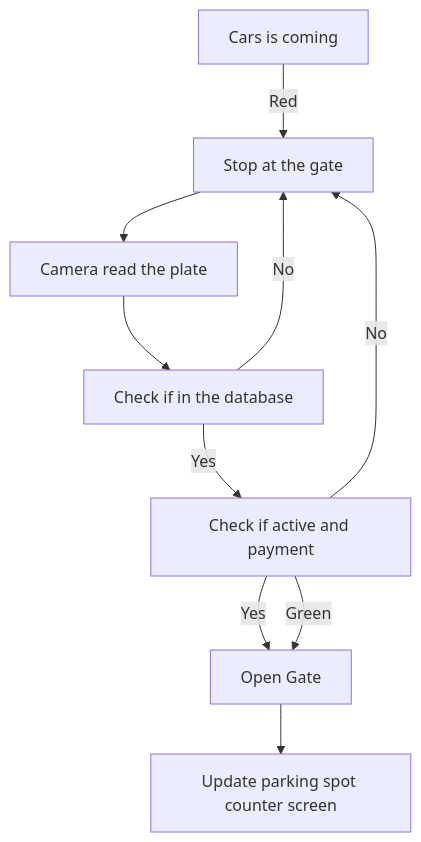
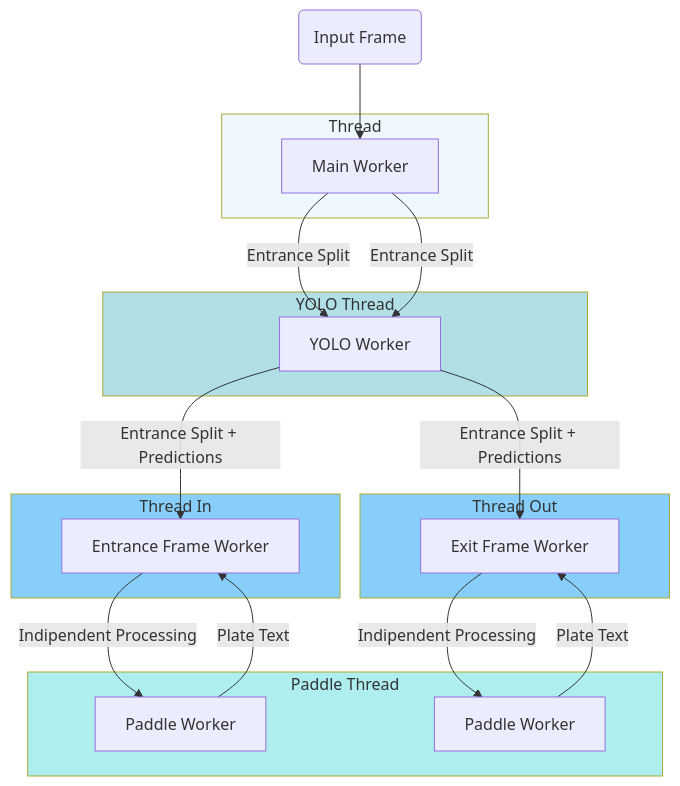
Before and after one commit to dcfrenci/iot_parking: the first of 2 diagrams in README.md, drawn with Mermaid. The commit also changed other lines of this file and 1 other file, not shown here.

````diff
--- a/README.md
+++ b/README.md
@@ -16,13 +28,38 @@
 ```mermaid
 flowchart TD
-    A[Cars is coming] -- Red --> B[Stop at the gate]
-    B --> C[Camera read the plate]
-    C --> D[Check if in the database]
-    D -- No --> B
-    D -- Yes --> E[Check if active and payment]
-    E -- No --> B
-    E -- Yes --> F[Open Gate]
-    E -- Green --> F
+    A(Input Frame) --> B[Main Worker]
+    B -- Entrance Split --> E[YOLO Worker]
+    B -- Entrance Split --> E
+    E -- Entrance Split + Predictions --> C[Entrance Frame Worker]
+    E -- Entrance Split + Predictions --> D[Exit Frame Worker]
+    C -- Indipendent Processing --> F[Paddle Worker]
+    D -- Indipendent Processing --> G[Paddle Worker]
+    F -- Plate Text --> C
+    G -- Plate Text --> D
 
-    F --> G[Update parking spot counter screen]
+    subgraph Thread
+        B
+    end
+    style Thread fill:#F0F8FF
+
+    subgraph M[YOLO Thread]
+        E
+    end
+    style M fill:#B0E0E6
+
+    subgraph N[Thread In]
+        C
+    end
+    style N fill:#87CEFA
+
+    subgraph O[Thread Out]
+        D
+    end
+    style O fill:#87CEFA
+
+    subgraph P[Paddle Thread]
+        F
+        G
+    end
+    style P fill:#AFEEEE
 ```
````
